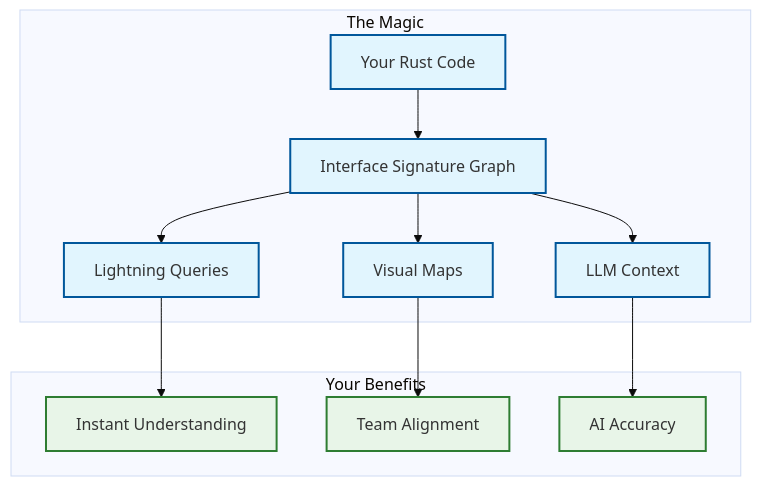
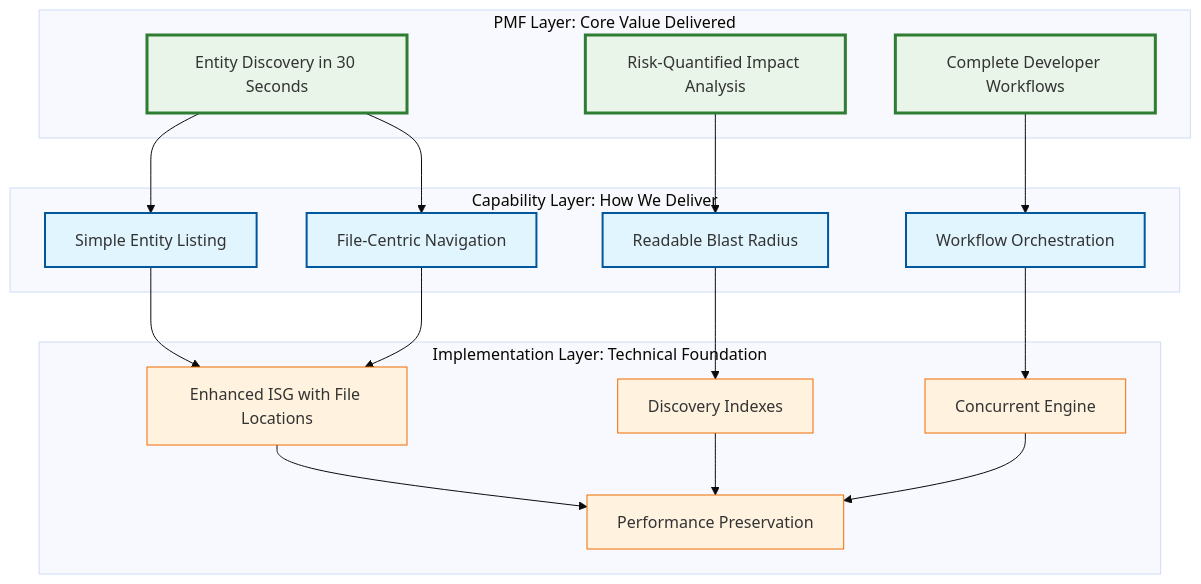
Before and after one commit to that-in-rust/parseltongue: the second of 6 diagrams in README.md, drawn with Mermaid (base theme). The commit also changed other lines of this file and 18 other files, not shown here.

````diff
--- a/README.md
+++ b/README.md
@@ -47,21 +37,44 @@
 ```mermaid
 graph TD
-    subgraph "The Magic"
-        A[Your Rust Code] --> B[Interface Signature Graph]
-        B --> C[Lightning Queries]
-        B --> D[Visual Maps]
-        B --> E[LLM Context]
+    subgraph "PMF Layer: Core Value Delivered"
+        A[Entity Discovery in 30 Seconds]
+        B[Risk-Quantified Impact Analysis]
+        C[Complete Developer Workflows]
     end
     
-    subgraph "Your Benefits"
-        C --> F[Instant Understanding]
-        D --> G[Team Alignment]
-        E --> H[AI Accuracy]
+    subgraph "Capability Layer: How We Deliver"
+        D[Simple Entity Listing]
+        E[File-Centric Navigation]
+        F[Readable Blast Radius]
+        G[Workflow Orchestration]
     end
     
-    classDef magic fill:#e1f5fe,stroke:#01579b,stroke-width:2px
-    classDef benefit fill:#e8f5e8,stroke:#2e7d32,stroke-width:2px
+    subgraph "Implementation Layer: Technical Foundation"
+        H[Enhanced ISG with File Locations]
+        I[Discovery Indexes]
+        J[Concurrent Engine]
+        K[Performance Preservation]
+    end
     
-    class A,B,C,D,E magic
-    class F,G,H benefit
+    A --> D
+    A --> E
+    B --> F
+    C --> G
+    
+    D --> H
+    E --> H
+    F --> I
+    G --> J
+    
+    H --> K
+    I --> K
+    J --> K
+    
+    classDef pmf fill:#e8f5e8,stroke:#2e7d32,stroke-width:3px
+    classDef capability fill:#e1f5fe,stroke:#01579b,stroke-width:2px
+    classDef implementation fill:#fff3e0,stroke:#ef6c00,stroke-width:1px
+    
+    class A,B,C pmf
+    class D,E,F,G capability
+    class H,I,J,K implementation
 ```
````
